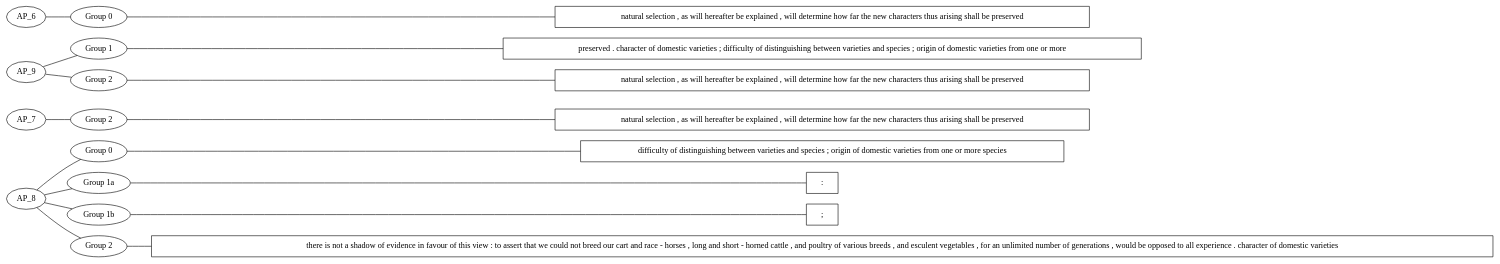
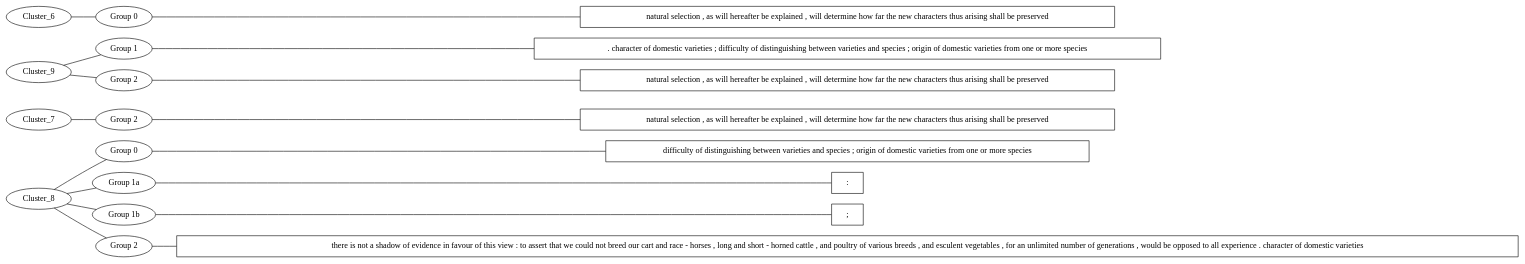
The diagram in src/main/outputs/hypergraph.dot (djbpitt/scala-graphing-sandbox), drawn with Graphviz before and after one commit. The commit also changed 3 other files, not shown here.

```diff
--- a/src/main/outputs/hypergraph.dot
+++ b/src/main/outputs/hypergraph.dot
@@ -1,35 +1,35 @@
 graph MyGraph {
 rankdir = LR
-"AP_8_2_reading" [shape=box label="there is not a shadow of evidence in favour of this view : to assert that we could not breed our cart and race - horses , long and short - horned cattle , and poultry of various breeds , and esculent vegetables , for an unlimited number of generations , would be opposed to all experience . character of domestic varieties "]
-"AP_8_1b_reading" [shape=box label="; "]
-"AP_8_1a_reading" [shape=box label=": "]
-"AP_8_0_reading" [shape=box label="difficulty of distinguishing between varieties and species ; origin of domestic varieties from one or more species "]
-"AP_8_0" [label="Group 0"]
-"AP_8_1a" [label="Group 1a"]
-"AP_8_1b" [label="Group 1b"]
-"AP_8_2" [label="Group 2"]
-"AP_8_2" -- "AP_8_2_reading"
-"AP_8_1b" -- "AP_8_1b_reading"
-"AP_8_1a" -- "AP_8_1a_reading"
-"AP_8_0" -- "AP_8_0_reading"
-AP_8 -- "AP_8_2"
-AP_8 -- "AP_8_1b"
-AP_8 -- "AP_8_1a"
-AP_8 -- "AP_8_0"
-"AP_7_2_reading" [shape=box label="natural selection , as will hereafter be explained , will determine how far the new characters thus arising shall be preserved "]
-"AP_7_2" [label="Group 2"]
-"AP_7_2" -- "AP_7_2_reading"
-AP_7 -- "AP_7_2"
-"AP_9_2_reading" [shape=box label="natural selection , as will hereafter be explained , will determine how far the new characters thus arising shall be preserved "]
-"AP_9_1_reading" [shape=box label="preserved . character of domestic varieties ; difficulty of distinguishing between varieties and species ; origin of domestic varieties from one or more "]
-"AP_9_1" [label="Group 1"]
-"AP_9_2" [label="Group 2"]
-"AP_9_2" -- "AP_9_2_reading"
-"AP_9_1" -- "AP_9_1_reading"
-AP_9 -- "AP_9_2"
-AP_9 -- "AP_9_1"
-"AP_6_0_reading" [shape=box label="natural selection , as will hereafter be explained , will determine how far the new characters thus arising shall be preserved "]
-"AP_6_0" [label="Group 0"]
-"AP_6_0" -- "AP_6_0_reading"
-AP_6 -- "AP_6_0"
+"Cluster_8_2_reading" [shape=box label="there is not a shadow of evidence in favour of this view : to assert that we could not breed our cart and race - horses , long and short - horned cattle , and poultry of various breeds , and esculent vegetables , for an unlimited number of generations , would be opposed to all experience . character of domestic varieties "]
+"Cluster_8_1b_reading" [shape=box label="; "]
+"Cluster_8_1a_reading" [shape=box label=": "]
+"Cluster_8_0_reading" [shape=box label="difficulty of distinguishing between varieties and species ; origin of domestic varieties from one or more species "]
+"Cluster_8_0" [label="Group 0"]
+"Cluster_8_1a" [label="Group 1a"]
+"Cluster_8_1b" [label="Group 1b"]
+"Cluster_8_2" [label="Group 2"]
+"Cluster_8_2" -- "Cluster_8_2_reading"
+"Cluster_8_1b" -- "Cluster_8_1b_reading"
+"Cluster_8_1a" -- "Cluster_8_1a_reading"
+"Cluster_8_0" -- "Cluster_8_0_reading"
+Cluster_8 -- "Cluster_8_2"
+Cluster_8 -- "Cluster_8_1b"
+Cluster_8 -- "Cluster_8_1a"
+Cluster_8 -- "Cluster_8_0"
+"Cluster_7_2_reading" [shape=box label="natural selection , as will hereafter be explained , will determine how far the new characters thus arising shall be preserved "]
+"Cluster_7_2" [label="Group 2"]
+"Cluster_7_2" -- "Cluster_7_2_reading"
+Cluster_7 -- "Cluster_7_2"
+"Cluster_9_2_reading" [shape=box label="natural selection , as will hereafter be explained , will determine how far the new characters thus arising shall be preserved "]
+"Cluster_9_1_reading" [shape=box label=". character of domestic varieties ; difficulty of distinguishing between varieties and species ; origin of domestic varieties from one or more species "]
+"Cluster_9_1" [label="Group 1"]
+"Cluster_9_2" [label="Group 2"]
+"Cluster_9_2" -- "Cluster_9_2_reading"
+"Cluster_9_1" -- "Cluster_9_1_reading"
+Cluster_9 -- "Cluster_9_2"
+Cluster_9 -- "Cluster_9_1"
+"Cluster_6_0_reading" [shape=box label="natural selection , as will hereafter be explained , will determine how far the new characters thus arising shall be preserved "]
+"Cluster_6_0" [label="Group 0"]
+"Cluster_6_0" -- "Cluster_6_0_reading"
+Cluster_6 -- "Cluster_6_0"
 }
```
